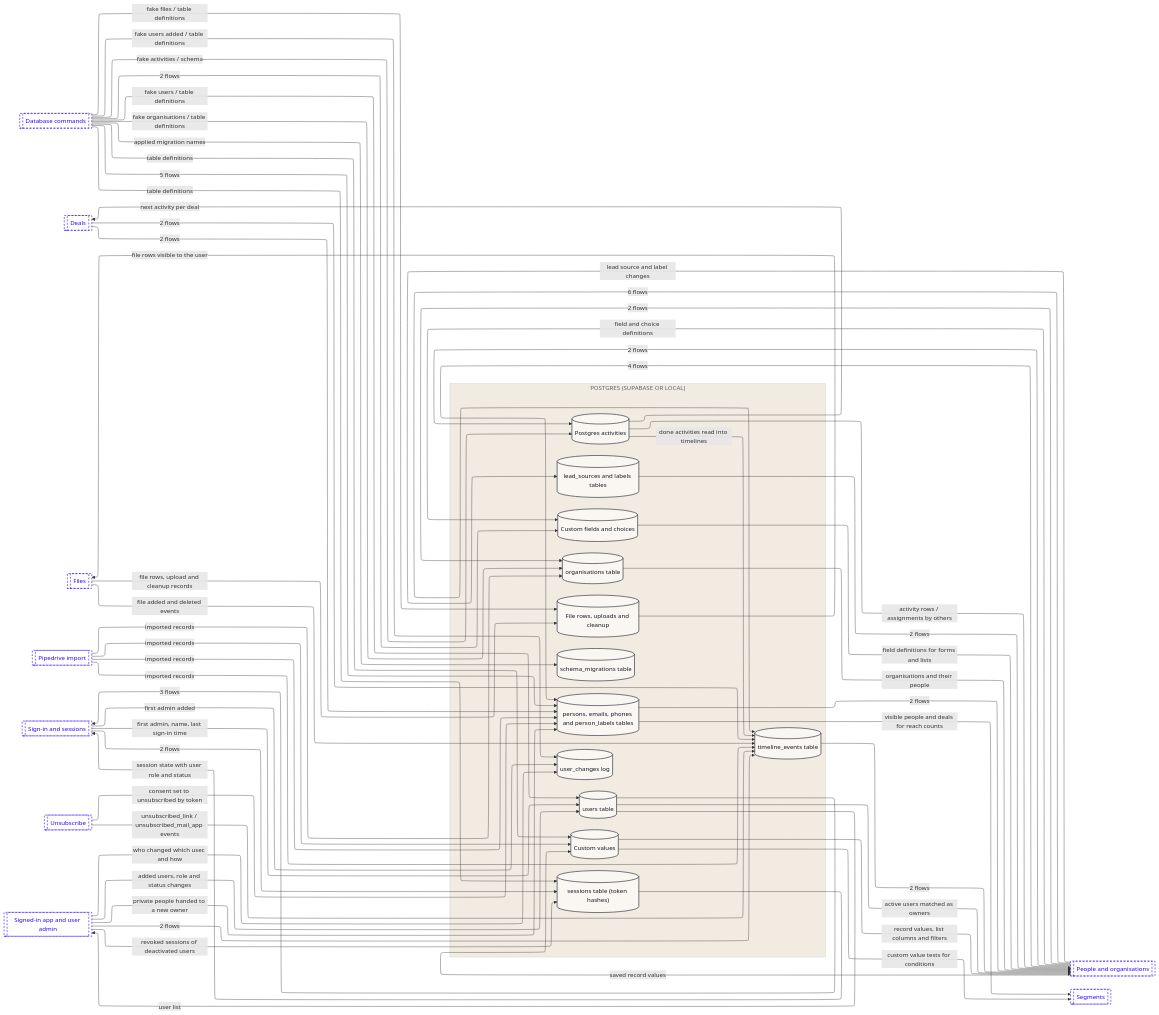
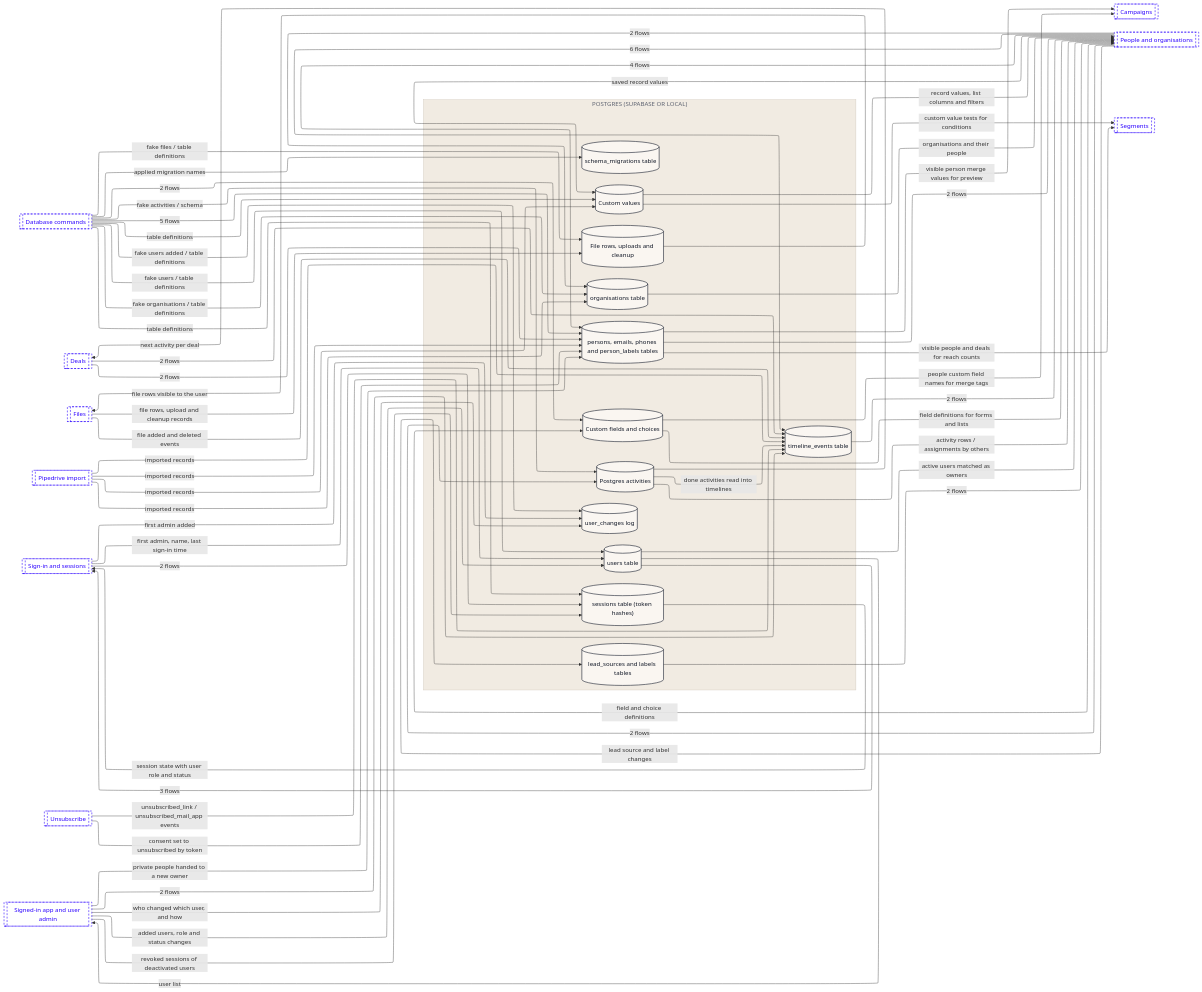
Before and after one commit to Romain-Perche/Barnacle-Pipe: the fourth of 15 diagrams in dataflow/DATAFLOW.md, drawn with Mermaid. The commit also changed other lines of this file and 12 other files, not shown here.

````diff
--- a/dataflow/DATAFLOW.md
+++ b/dataflow/DATAFLOW.md
@@ -222,66 +264,69 @@
         n11[("user_changes log")]
         n12[("users table")]
     end
-    n13[["Database commands"]]
-    n14[["Deals"]]
-    n15[["Files"]]
-    n16[["Pipedrive import"]]
-    n17[["People and organisations"]]
-    n18[["Segments"]]
-    n19[["Sign-in and sessions"]]
-    n20[["Unsubscribe"]]
-    n21[["Signed-in app and user admin"]]
-    n17 -->|"2 flows"| n1
-    n17 -->|"4 flows"| n7
-    n1 -->|"activity rows / assignments by others"| n17
-    n1 -->|"next activity per deal"| n14
+    n13[["Campaigns"]]
+    n14[["Database commands"]]
+    n15[["Deals"]]
+    n16[["Files"]]
+    n17[["Pipedrive import"]]
+    n18[["People and organisations"]]
+    n19[["Segments"]]
+    n20[["Sign-in and sessions"]]
+    n21[["Unsubscribe"]]
+    n22[["Signed-in app and user admin"]]
+    n18 -->|"2 flows"| n1
+    n18 -->|"4 flows"| n7
+    n1 -->|"activity rows / assignments by others"| n18
+    n1 -->|"next activity per deal"| n15
     n1 -->|"done activities read into timelines"| n10
-    n17 -->|"lead source and label changes"| n2
-    n2 -->|"2 flows"| n17
-    n19 -->|"2 flows"| n9
-    n19 -->|"first admin added"| n11
-    n19 -->|"first admin, name, last sign-in time"| n12
-    n17 -->|"2 flows"| n6
-    n17 -->|"6 flows"| n10
-    n17 -->|"field and choice definitions"| n3
-    n17 -->|"saved record values"| n4
-    n3 -->|"field definitions for forms and lists"| n17
-    n4 -->|"record values, list columns and filters"| n17
-    n4 -->|"custom value tests for conditions"| n18
-    n14 -->|"2 flows"| n7
-    n14 -->|"2 flows"| n10
-    n15 -->|"file rows, upload and cleanup records"| n5
-    n15 -->|"file added and deleted events"| n10
-    n5 -->|"file rows visible to the user"| n15
-    n13 -->|"fake activities / schema"| n1
-    n13 -->|"2 flows"| n3
-    n13 -->|"table definitions"| n4
-    n13 -->|"fake files / table definitions"| n5
-    n13 -->|"fake organisations / table definitions"| n6
-    n13 -->|"5 flows"| n7
-    n13 -->|"applied migration names"| n8
-    n13 -->|"table definitions"| n9
-    n13 -->|"fake users added / table definitions"| n11
-    n13 -->|"fake users / table definitions"| n12
-    n6 -->|"organisations and their people"| n17
-    n7 -->|"2 flows"| n17
-    n7 -->|"visible people and deals for reach counts"| n18
-    n16 -->|"imported records"| n4
-    n16 -->|"imported records"| n6
-    n16 -->|"imported records"| n7
-    n16 -->|"imported records"| n10
-    n9 -->|"session state with user role and status"| n19
-    n10 -->|"2 flows"| n17
-    n20 -->|"consent set to unsubscribed by token"| n7
-    n20 -->|"unsubscribed_link / unsubscribed_mail_app events"| n10
-    n21 -->|"private people handed to a new owner"| n7
-    n21 -->|"revoked sessions of deactivated users"| n9
-    n21 -->|"2 flows"| n10
-    n21 -->|"who changed which user, and how"| n11
-    n21 -->|"added users, role and status changes"| n12
-    n12 -->|"3 flows"| n19
-    n12 -->|"active users matched as owners"| n17
-    n12 -->|"user list"| n21
+    n18 -->|"lead source and label changes"| n2
+    n2 -->|"2 flows"| n18
+    n20 -->|"2 flows"| n9
+    n20 -->|"first admin added"| n11
+    n20 -->|"first admin, name, last sign-in time"| n12
+    n18 -->|"2 flows"| n6
+    n18 -->|"6 flows"| n10
+    n18 -->|"field and choice definitions"| n3
+    n18 -->|"saved record values"| n4
+    n3 -->|"people custom field names for merge tags"| n13
+    n3 -->|"field definitions for forms and lists"| n18
+    n4 -->|"record values, list columns and filters"| n18
+    n4 -->|"custom value tests for conditions"| n19
+    n15 -->|"2 flows"| n7
+    n15 -->|"2 flows"| n10
+    n16 -->|"file rows, upload and cleanup records"| n5
+    n16 -->|"file added and deleted events"| n10
+    n5 -->|"file rows visible to the user"| n16
+    n14 -->|"fake activities / schema"| n1
+    n14 -->|"2 flows"| n3
+    n14 -->|"table definitions"| n4
+    n14 -->|"fake files / table definitions"| n5
+    n14 -->|"fake organisations / table definitions"| n6
+    n14 -->|"5 flows"| n7
+    n14 -->|"applied migration names"| n8
+    n14 -->|"table definitions"| n9
+    n14 -->|"fake users added / table definitions"| n11
+    n14 -->|"fake users / table definitions"| n12
+    n6 -->|"organisations and their people"| n18
+    n7 -->|"2 flows"| n18
+    n7 -->|"visible person merge values for preview"| n13
+    n7 -->|"visible people and deals for reach counts"| n19
+    n17 -->|"imported records"| n4
+    n17 -->|"imported records"| n6
+    n17 -->|"imported records"| n7
+    n17 -->|"imported records"| n10
+    n9 -->|"session state with user role and status"| n20
+    n10 -->|"2 flows"| n18
+    n21 -->|"consent set to unsubscribed by token"| n7
+    n21 -->|"unsubscribed_link / unsubscribed_mail_app events"| n10
+    n22 -->|"private people handed to a new owner"| n7
+    n22 -->|"revoked sessions of deactivated users"| n9
+    n22 -->|"2 flows"| n10
+    n22 -->|"who changed which user, and how"| n11
+    n22 -->|"added users, role and status changes"| n12
+    n12 -->|"3 flows"| n20
+    n12 -->|"active users matched as owners"| n18
+    n12 -->|"user list"| n22
     classDef actor fill:#FFFFFF,stroke:#111827,stroke-width:1px,color:#111827
     classDef process fill:#EDEAFF,stroke:#2B00FF,stroke-width:1.5px,color:#111827
     classDef store fill:#FAF6F1,stroke:#111827,stroke-width:1.5px,color:#111827
@@ -289,6 +334,6 @@
     classDef group fill:#2B00FF,stroke:#2B00FF,color:#FFFFFF
     classDef stub fill:#FFFFFF,stroke:#2B00FF,stroke-width:1.5px,stroke-dasharray:5 4,color:#2B00FF
     class n1,n2,n3,n4,n5,n6,n7,n8,n9,n10,n11,n12 store
-    class n13,n14,n15,n16,n17,n18,n19,n20,n21 stub
+    class n13,n14,n15,n16,n17,n18,n19,n20,n21,n22 stub
     style z1 fill:#F1EBE2,stroke:#CFC7BB,color:#5D6270
 ```
````
